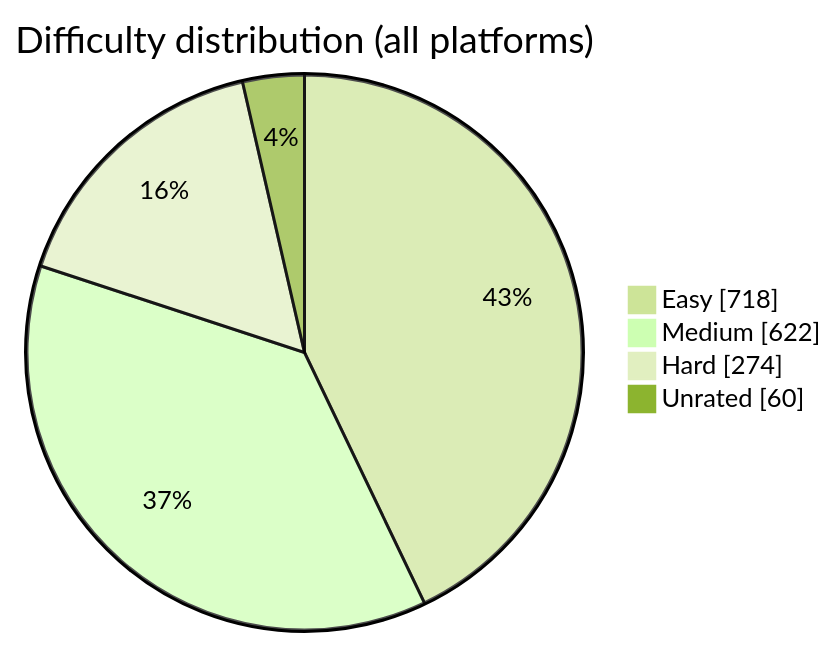
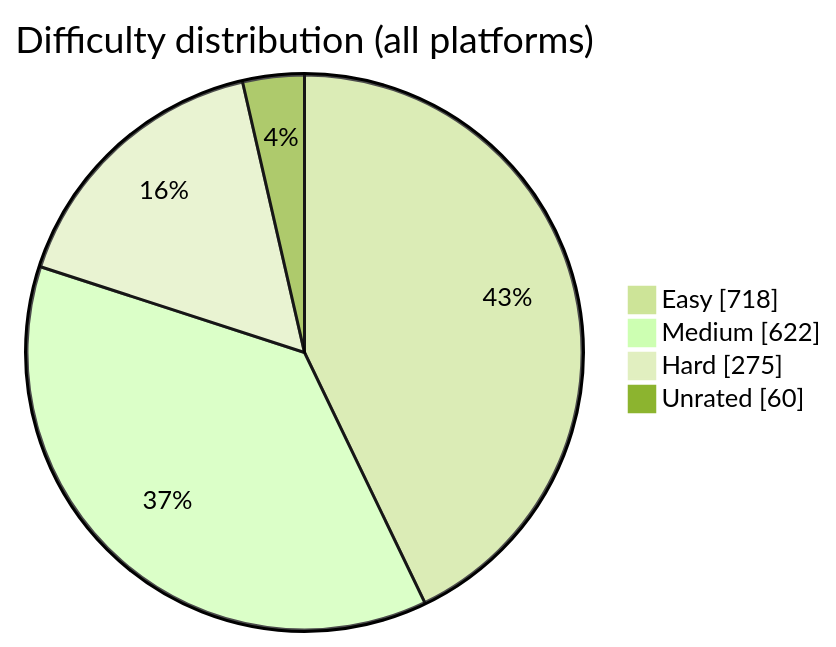
The diagram in README.md (BuildbyArindam/Daily-Coding-Log), drawn with Mermaid (forest theme) before and after one commit. The commit also changed other lines of this file, not shown here.

````diff
--- a/README.md
+++ b/README.md
@@ -93,7 +93,7 @@
 ```mermaid
 pie showData title Difficulty distribution (all platforms)
     "Easy" : 718
     "Medium" : 622
-    "Hard" : 274
+    "Hard" : 275
     "Unrated" : 60
 ```
````
